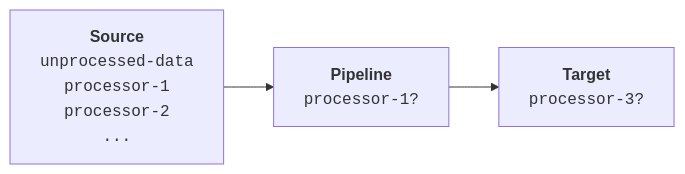
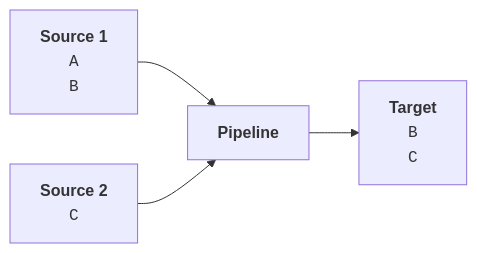
Before and after one commit to VirtualMetric/virtualmetric-docs: the second of 4 diagrams in docs/admin/pipelines/overview.mdx, drawn with Mermaid. The commit also changed other lines of this file, not shown here.

````diff
--- a/docs/admin/pipelines/overview.mdx
+++ b/docs/admin/pipelines/overview.mdx
@@ -33,14 +37,16 @@
 ```mermaid
 %%{init: {"flowchart": {"htmlLabels": false}} }%%
 flowchart LR
-	sourceBox["`**Source**
-         <code>unprocessed-data</code>
-         <code>processor-1</code>
-         <code>processor-2</code>
-         <code>...</code>`"]
-    	pielineBox["`**Pipeline**
-			<code>processor-1?</code>`"]
+	source1Box["`**Source 1**
+    <code>A</code>
+    <code>B</code>`"]
+	source2Box["`**Source 2**
+    <code>C</code>`"]
+ 	pipelineBox["`**Pipeline**`"]
 	targetBox["`**Target**
-      <code>processor-3?</code>`"]
-	sourceBox --> pielineBox --> targetBox
+    <code>B</code>
+    <code>C</code>`"]
+	source1Box --> pipelineBox;
+	source2Box --> pipelineBox;
+  pipelineBox --> targetBox
 ```
````
